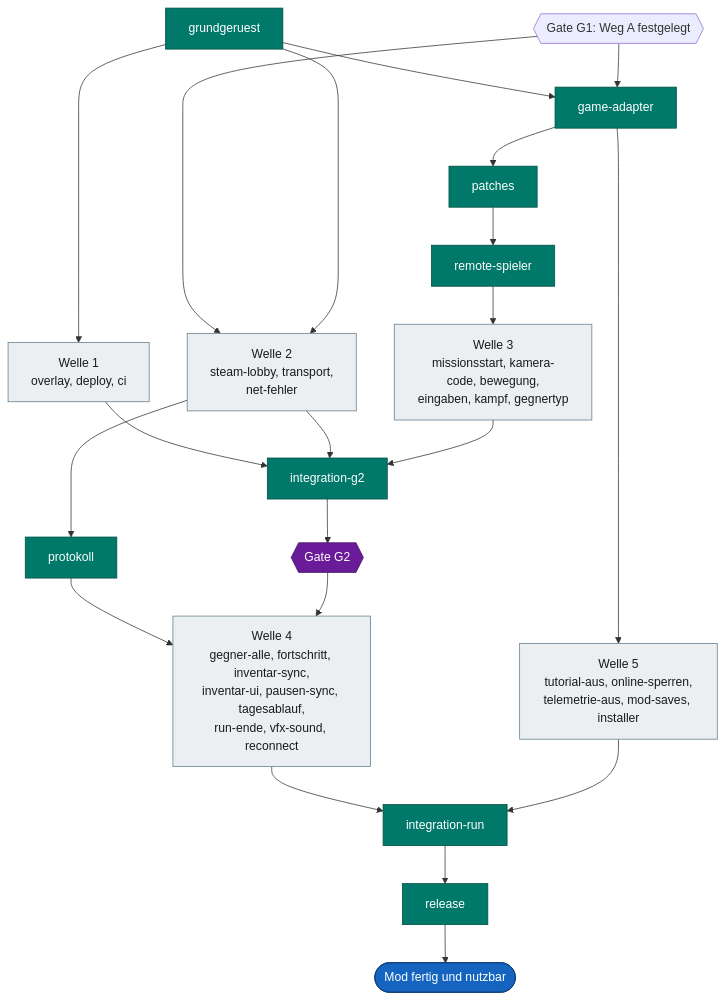
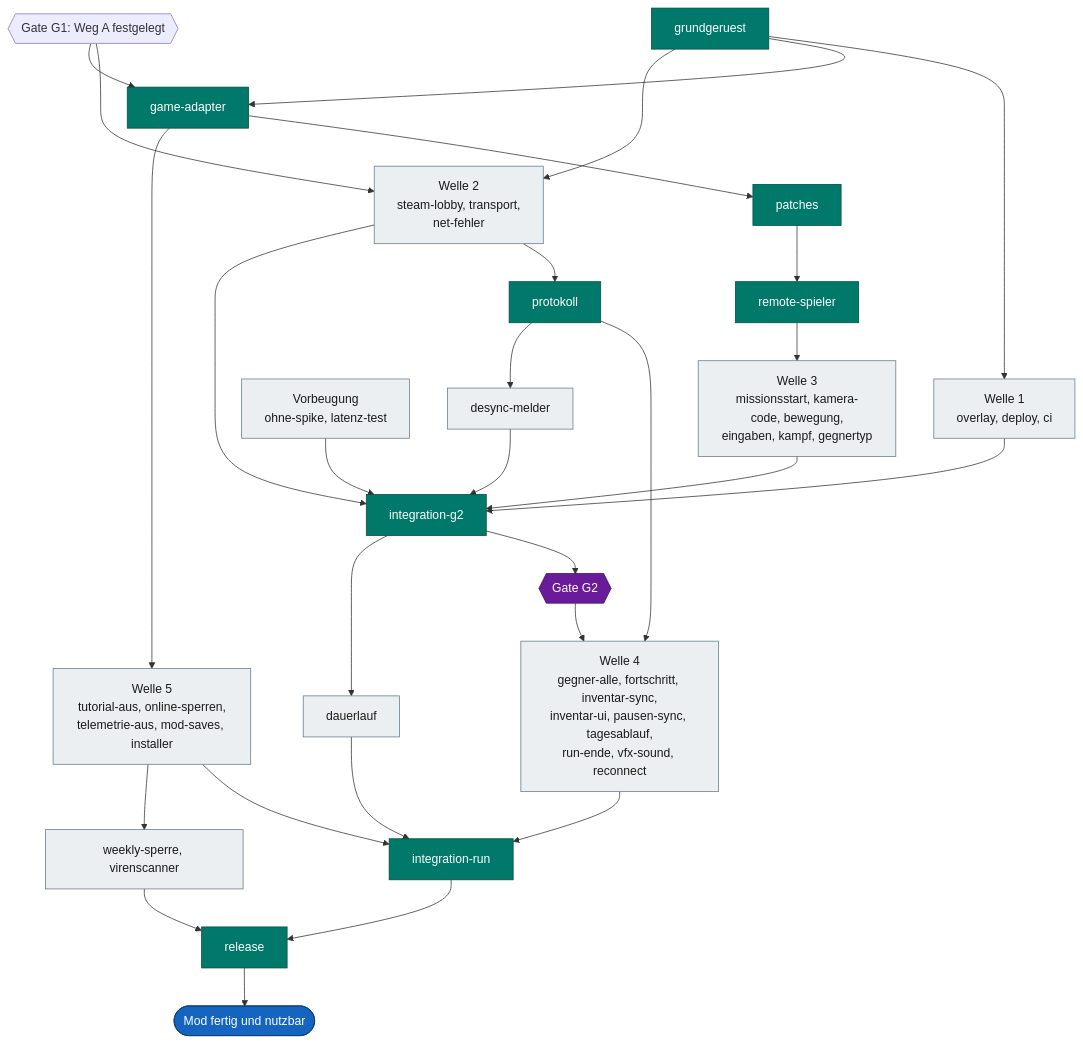
Before and after one commit to VitaminStack/Deadly-Days-Roadtrip-Multiplayer-Mod: the fourth of 4 diagrams in docs/ROADMAP.md, drawn with Mermaid. The commit also changed other lines of this file and 3 other files, not shown here.

````diff
--- a/docs/ROADMAP.md
+++ b/docs/ROADMAP.md
@@ -227,27 +234,31 @@
 ```mermaid
 flowchart TD
     GR["grundgeruest"]:::central --> W1["Welle 1<br/>overlay, deploy, ci"]:::open
     GR --> GA["game-adapter"]:::central
     G1{{"Gate G1: Weg A festgelegt"}}:::done --> W2["Welle 2<br/>steam-lobby, transport,<br/>net-fehler"]:::open
     GR --> W2
     G1 --> GA
     GA --> PT["patches"]:::central --> RS["remote-spieler"]:::central
     GA --> W5["Welle 5<br/>tutorial-aus, online-sperren,<br/>telemetrie-aus, mod-saves, installer"]:::open
     RS --> W3["Welle 3<br/>missionsstart, kamera-code, bewegung,<br/>eingaben, kampf, gegnertyp"]:::open
     W1 --> IG["integration-g2"]:::central
     W2 --> PR["protokoll"]:::central
     W2 --> IG
     W3 --> IG
     IG --> G2{{"Gate G2"}}:::gate
     PR --> W4["Welle 4<br/>gegner-alle, fortschritt, inventar-sync,<br/>inventar-ui, pausen-sync, tagesablauf,<br/>run-ende, vfx-sound, reconnect"]:::open
     G2 --> W4
     W4 --> IR["integration-run"]:::central
     W5 --> IR
+    RV["Vorbeugung<br/>ohne-spike, latenz-test"]:::open --> IG
+    PR --> DS["desync-melder"]:::open --> IG
+    IG --> DL["dauerlauf"]:::open --> IR
+    W5 --> W6["weekly-sperre, virenscanner"]:::open --> RL
     IR --> RL["release"]:::central
     RL --> Z(["Mod fertig und nutzbar"]):::goal
 
     classDef central fill:#00796b,stroke:#004d40,color:#ffffff
     classDef open fill:#eceff1,stroke:#607d8b,color:#1a1a1a
     classDef gate fill:#6a1b9a,stroke:#3e1163,color:#ffffff
     classDef goal fill:#1565c0,stroke:#0d3c78,color:#ffffff
 ```
````
